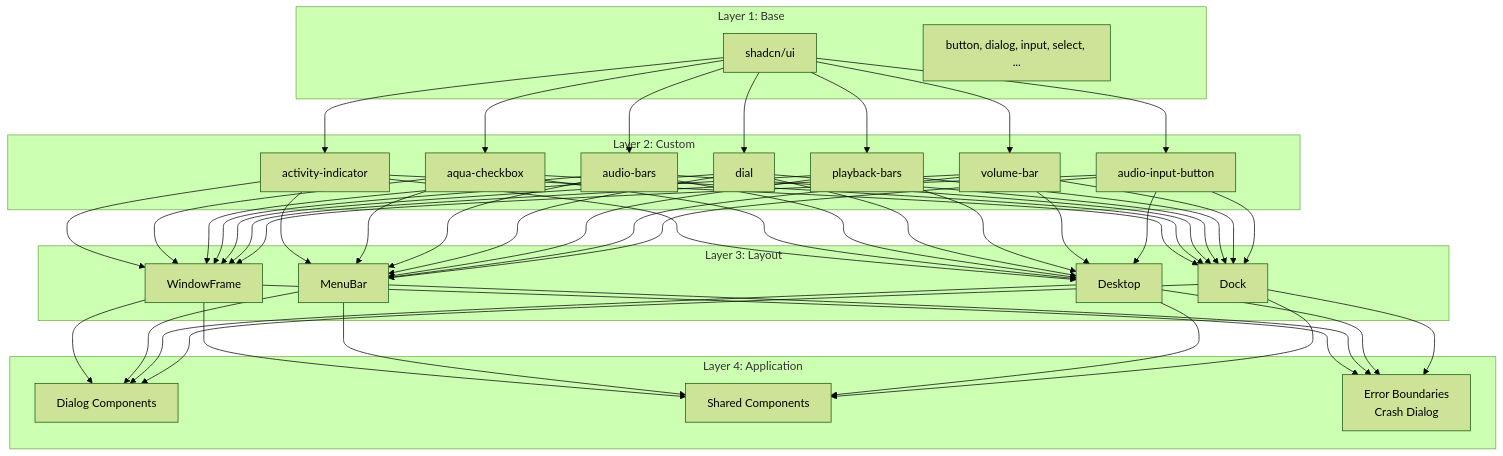
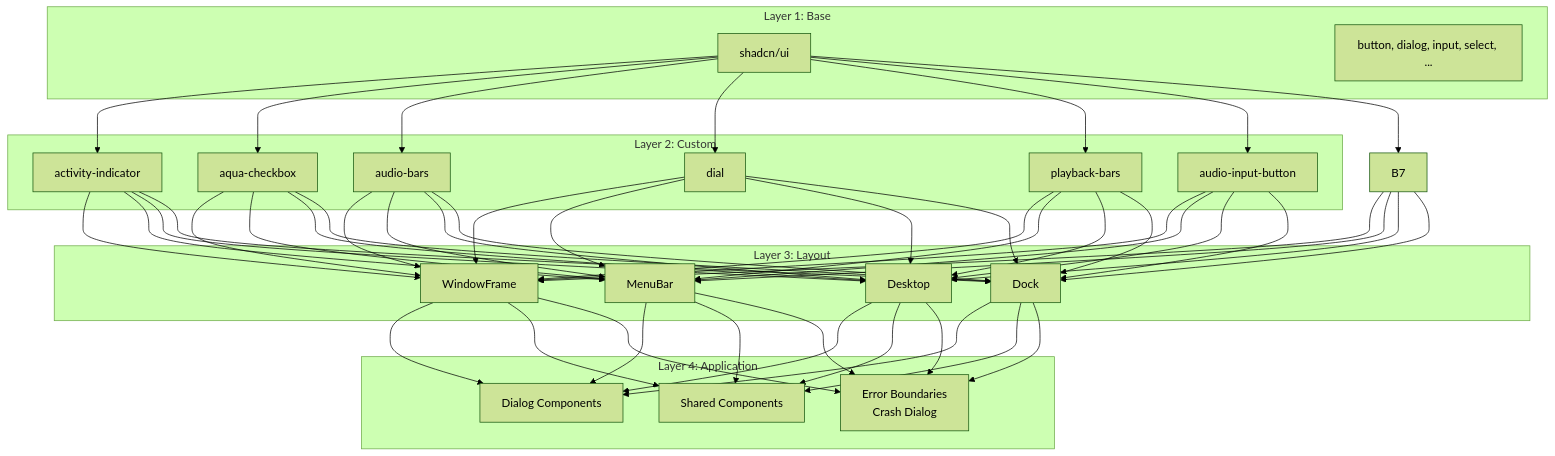
The second of 2 diagrams in docs/7-ui-components.md (ryokun6/ryos), drawn with Mermaid (forest theme) before and after one commit. The commit also changed 14 other files, not shown here.

````diff
--- a/docs/7-ui-components.md
+++ b/docs/7-ui-components.md
@@ -57,34 +57,33 @@
 ```mermaid
 graph TD
     subgraph Layer 4: Application
         D1[Dialog Components]
         D2[Shared Components]
         D3[Error Boundaries<br/>Crash Dialog]
     end
     
     subgraph Layer 3: Layout
         C1[WindowFrame]
         C2[MenuBar]
         C3[Desktop]
         C4[Dock]
     end
     
     subgraph Layer 2: Custom
         B1[activity-indicator]
         B2[aqua-checkbox]
         B3[audio-bars]
         B4[dial]
         B5[playback-bars]
-        B6[volume-bar]
-        B7[audio-input-button]
+        B6[audio-input-button]
     end
     
     subgraph Layer 1: Base
         A1[shadcn/ui]
         A2[button, dialog, input, select, ...]
     end
     
     A1 --> B1 & B2 & B3 & B4 & B5 & B6 & B7
     B1 & B2 & B3 & B4 & B5 & B6 & B7 --> C1 & C2 & C3 & C4
     C1 & C2 & C3 & C4 --> D1 & D2 & D3
 ```
````
